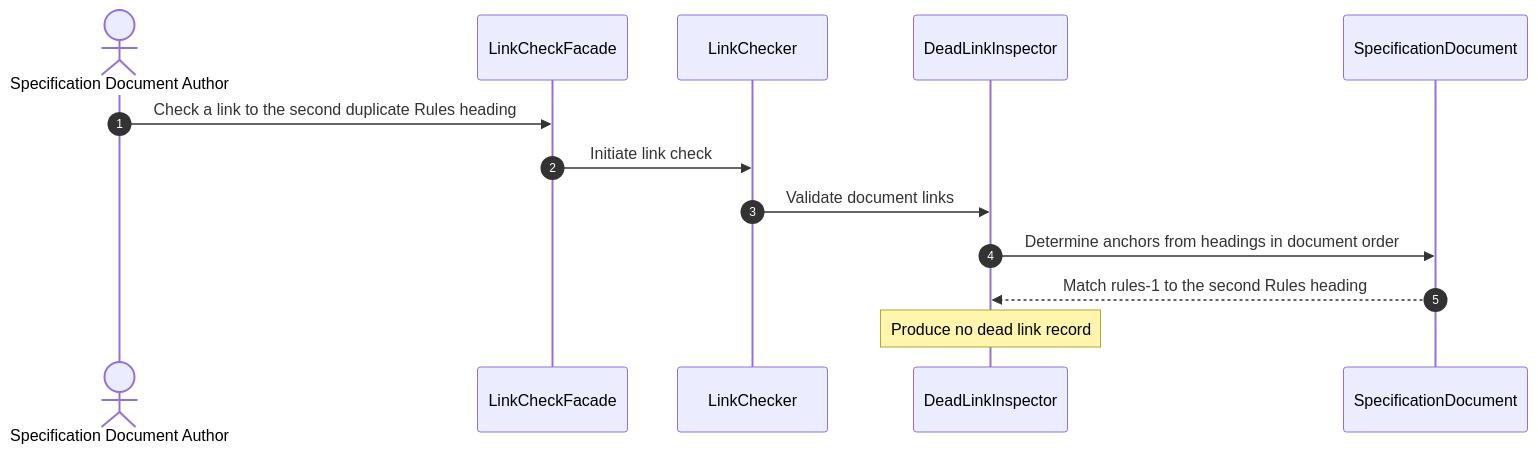
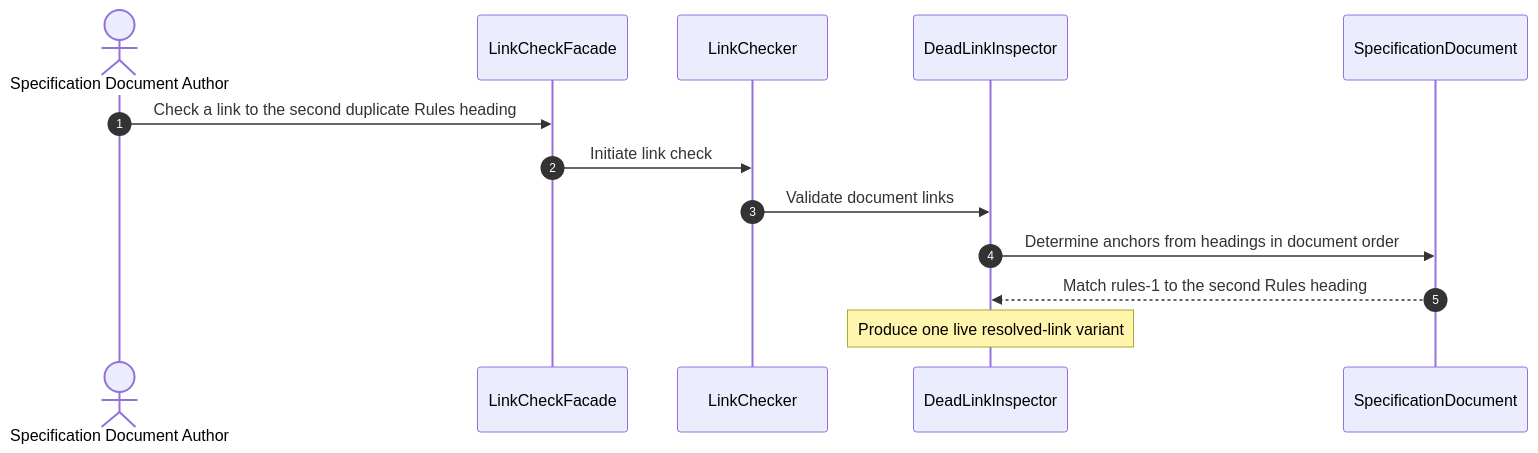
One commit to huang-xiao-jian/bluey changed diagram 18 of 43 in specs/md-linkage/design.md. Above: the diagram before and after it, drawn with Mermaid. The commit also changed other lines of this file and 10 other files, not shown here.

Commit message:
docs(md-linkage): unify resolved link outcomes

````diff
--- a/specs/md-linkage/design.md
+++ b/specs/md-linkage/design.md
@@ -620,16 +666,16 @@
 ```mermaid
 sequenceDiagram
     autonumber
     actor Author as Specification Document Author
     participant Submission as LinkCheckFacade
     participant Check as LinkChecker
     participant Detection as DeadLinkInspector
     participant Document as SpecificationDocument
 
     Author->>Submission: Check a link to the second duplicate Rules heading
     Submission->>Check: Initiate link check
     Check->>Detection: Validate document links
     Detection->>Document: Determine anchors from headings in document order
     Document-->>Detection: Match rules-1 to the second Rules heading
-    Note over Detection: Produce no dead link record
+    Note over Detection: Produce one live resolved-link variant
 ```
````
